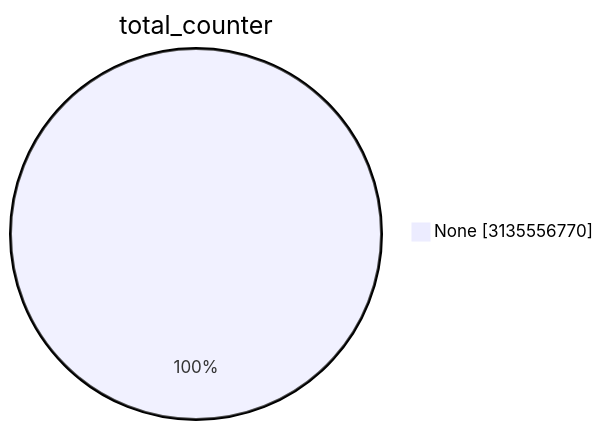
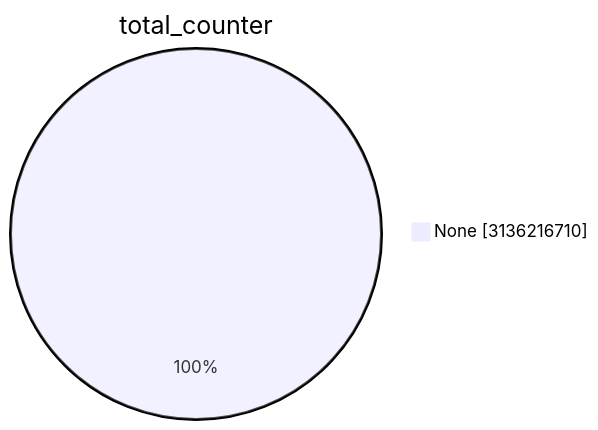
Before and after one commit to christiankrug/ctmonitor_visualization: the first of 15 diagrams in TOTAL/README.md, drawn with Mermaid. The commit also changed other lines of this file, not shown here.

````diff
--- a/TOTAL/README.md
+++ b/TOTAL/README.md
@@ -1,5 +1,5 @@
 ```mermaid
 pie showData
 title total_counter
-"None" :3135556770
+"None" :3136216710
 ```
````
